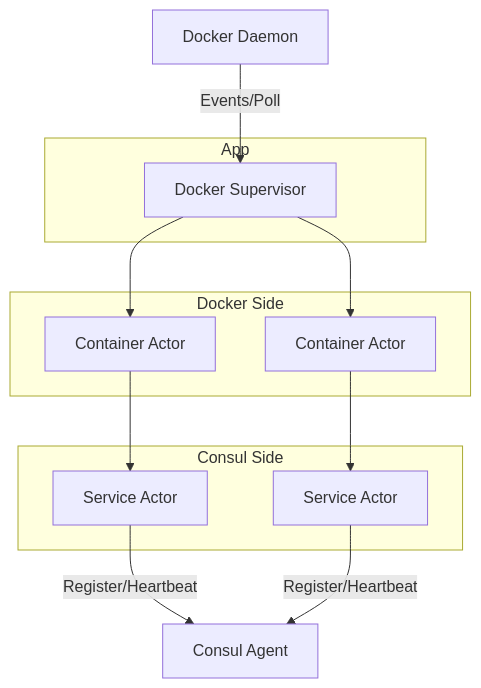
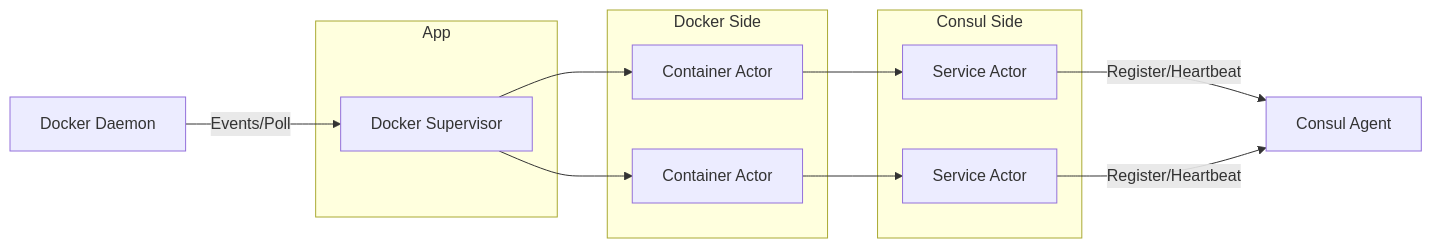
Before and after one commit to Silvenga/emissary-rs: the diagram in README.md, drawn with Mermaid. The commit also changed other lines of this file, not shown here.

````diff
--- a/README.md
+++ b/README.md
@@ -19,20 +63,20 @@
 ```mermaid
-graph TD
+graph LR
     subgraph App
         DockerSupervisor[Docker Supervisor]
     end
 
     subgraph Docker Side
         DockerSupervisor --> ContainerActor1[Container Actor]
         DockerSupervisor --> ContainerActorN[Container Actor]
     end
 
     subgraph Consul Side
         ContainerActor1 --> ServiceActor1[Service Actor]
         ContainerActorN --> ServiceActorN[Service Actor]
     end
 
     DockerDaemon[Docker Daemon] -- Events/Poll --> DockerSupervisor
     ServiceActor1 -- Register/Heartbeat --> ConsulAgent[Consul Agent]
     ServiceActorN -- Register/Heartbeat --> ConsulAgent[Consul Agent]
 ```
````
